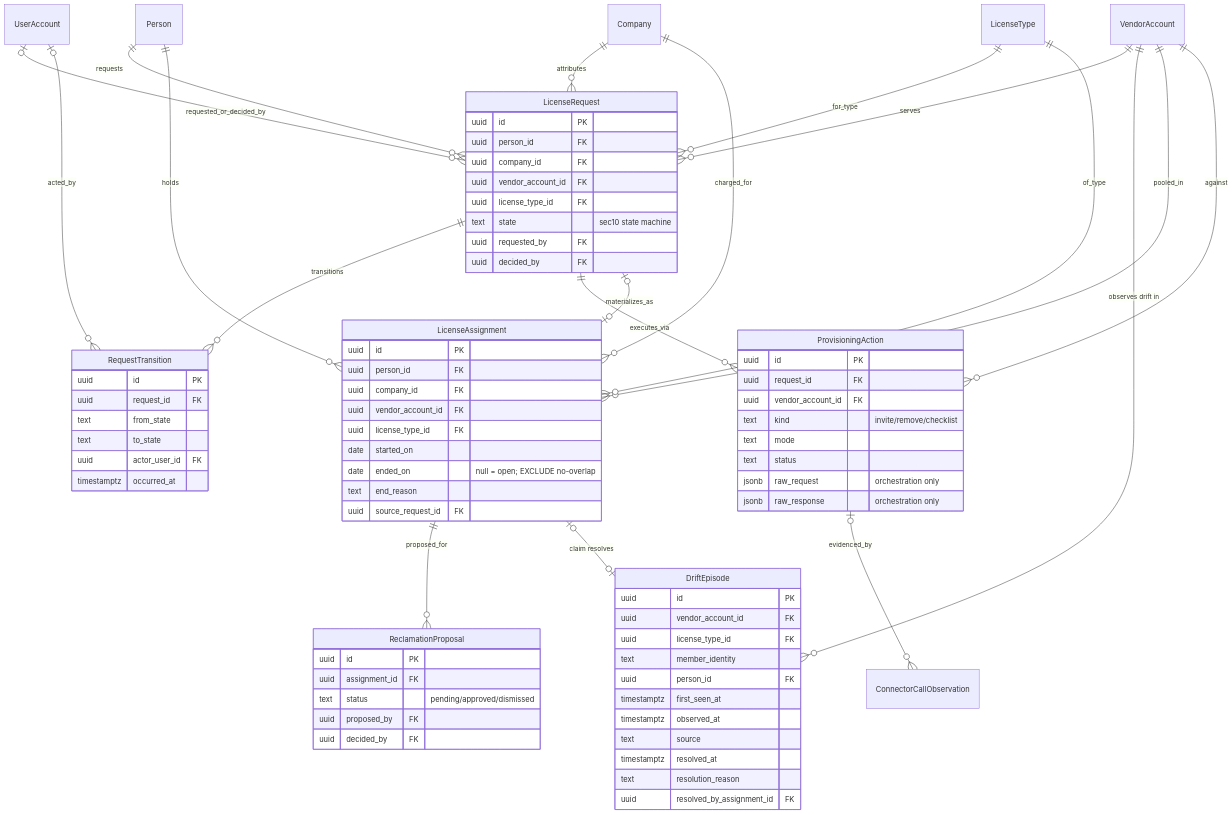
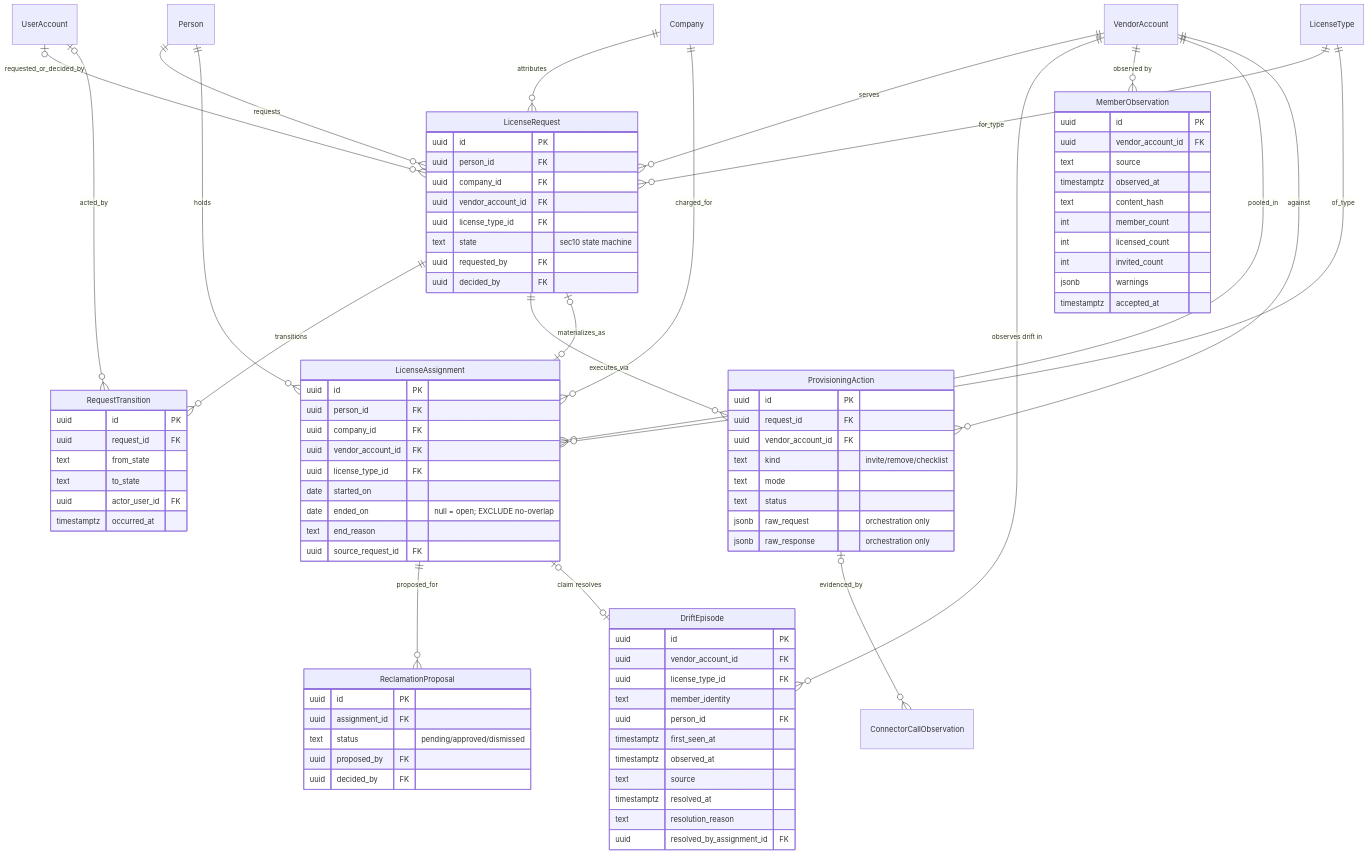
Before and after one commit to fcostudios/opensmp: the third of 5 diagrams in docs/specs/04_er_model.md, drawn with Mermaid. The commit also changed other lines of this file and 15 other files, not shown here.

Commit message:
chore(CHG-078): Nous sync 2026-10-11 — US-081 split by screen limit into US-081 (vendor-account foundation) + US-085 (pools/dashboard overview); also carries CHG-077 (US-083/US-084/US-078, DEC-SMP-043..046), previously synced on us-030 only

````diff
--- a/docs/specs/04_er_model.md
+++ b/docs/specs/04_er_model.md
@@ -840,6 +869,7 @@
     LicenseRequest ||--o{ ProvisioningAction : "executes_via"
     LicenseAssignment ||--o{ ReclamationProposal : "proposed_for"
     VendorAccount ||--o{ DriftEpisode : "observes drift in"
+    VendorAccount ||--o{ MemberObservation : "observed by"
     LicenseAssignment |o--o| DriftEpisode : "claim resolves"
     LicenseRequest |o--o| LicenseAssignment : "materializes_as"
     Person ||--o{ LicenseAssignment : "holds"
@@ -909,4 +939,16 @@
         text resolution_reason
         uuid resolved_by_assignment_id FK
     }
+    MemberObservation {
+        uuid id PK
+        uuid vendor_account_id FK
+        text source
+        timestamptz observed_at
+        text content_hash
+        int member_count
+        int licensed_count
+        int invited_count
+        jsonb warnings
+        timestamptz accepted_at
+    }
 ```
````
